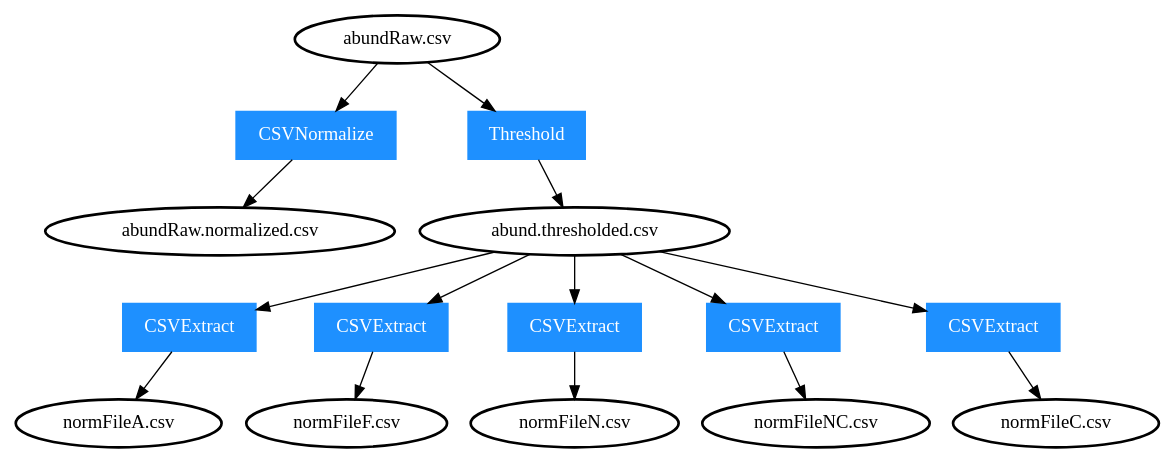
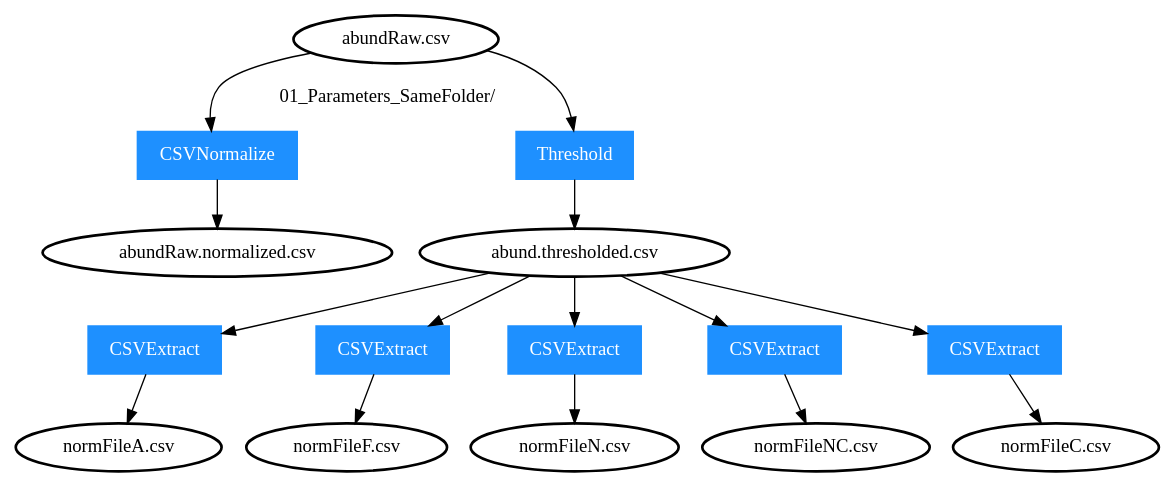
Before and after one commit to movingpictures83/PipeViz: the diagram in 01_Parameters_SameFolder/expected.dot, drawn with Graphviz. The commit also changed 2 other files, not shown here.

Commit message:
Update expected for parameters test

```diff
--- a/01_Parameters_SameFolder/expected.dot
+++ b/01_Parameters_SameFolder/expected.dot
@@ -1,17 +1,38 @@
 digraph G {
 	node [style=bold];
-	"abundRaw.csv"->"0"->"abundRaw.normalized.csv";
-	"abundRaw.csv"->"1"->"abund.thresholded.csv";
-	"abund.thresholded.csv"->"2"->"normFileA.csv";
-	"abund.thresholded.csv"->"3"->"normFileF.csv";
-	"abund.thresholded.csv"->"4"->"normFileN.csv";
-	"abund.thresholded.csv"->"5"->"normFileNC.csv";
-	"abund.thresholded.csv"->"6"->"normFileC.csv";
+	"01_Parameters_SameFolder/abundRaw.csv"->"0" [label = "	01_Parameters_SameFolder/	"];
+	"0"->"01_Parameters_SameFolder/abundRaw.normalized.csv";
+	"01_Parameters_SameFolder/abundRaw.csv" [label = "abundRaw.csv"];
+	"01_Parameters_SameFolder/abundRaw.normalized.csv" [label = "abundRaw.normalized.csv"];
+	"01_Parameters_SameFolder/abundRaw.csv"->"1";
+	"1"->"01_Parameters_SameFolder/abund.thresholded.csv";
+	"01_Parameters_SameFolder/abundRaw.csv" [label = "abundRaw.csv"];
+	"01_Parameters_SameFolder/abund.thresholded.csv" [label = "abund.thresholded.csv"];
+	"01_Parameters_SameFolder/abund.thresholded.csv"->"2";
+	"2"->"01_Parameters_SameFolder/normFileA.csv";
+	"01_Parameters_SameFolder/abund.thresholded.csv" [label = "abund.thresholded.csv"];
+	"01_Parameters_SameFolder/normFileA.csv" [label = "normFileA.csv"];
+	"01_Parameters_SameFolder/abund.thresholded.csv"->"3";
+	"3"->"01_Parameters_SameFolder/normFileF.csv";
+	"01_Parameters_SameFolder/abund.thresholded.csv" [label = "abund.thresholded.csv"];
+	"01_Parameters_SameFolder/normFileF.csv" [label = "normFileF.csv"];
+	"01_Parameters_SameFolder/abund.thresholded.csv"->"4";
+	"4"->"01_Parameters_SameFolder/normFileN.csv";
+	"01_Parameters_SameFolder/abund.thresholded.csv" [label = "abund.thresholded.csv"];
+	"01_Parameters_SameFolder/normFileN.csv" [label = "normFileN.csv"];
+	"01_Parameters_SameFolder/abund.thresholded.csv"->"5";
+	"5"->"01_Parameters_SameFolder/normFileNC.csv";
+	"01_Parameters_SameFolder/abund.thresholded.csv" [label = "abund.thresholded.csv"];
+	"01_Parameters_SameFolder/normFileNC.csv" [label = "normFileNC.csv"];
+	"01_Parameters_SameFolder/abund.thresholded.csv"->"6";
+	"6"->"01_Parameters_SameFolder/normFileC.csv";
+	"01_Parameters_SameFolder/abund.thresholded.csv" [label = "abund.thresholded.csv"];
+	"01_Parameters_SameFolder/normFileC.csv" [label = "normFileC.csv"];
 	"0" [label="CSVNormalize", shape=box, color=dodgerblue1, fontcolor=white, style=filled];
 	"1" [label="Threshold", shape=box, color=dodgerblue1, fontcolor=white, style=filled];
 	"2" [label="CSVExtract", shape=box, color=dodgerblue1, fontcolor=white, style=filled];
 	"3" [label="CSVExtract", shape=box, color=dodgerblue1, fontcolor=white, style=filled];
 	"4" [label="CSVExtract", shape=box, color=dodgerblue1, fontcolor=white, style=filled];
 	"5" [label="CSVExtract", shape=box, color=dodgerblue1, fontcolor=white, style=filled];
 	"6" [label="CSVExtract", shape=box, color=dodgerblue1, fontcolor=white, style=filled];
 }
```
